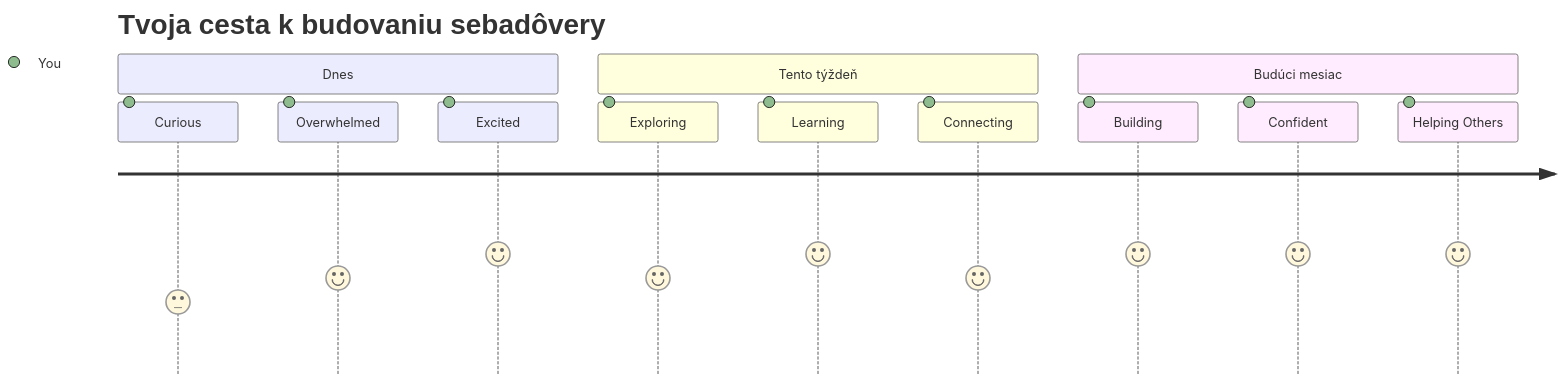
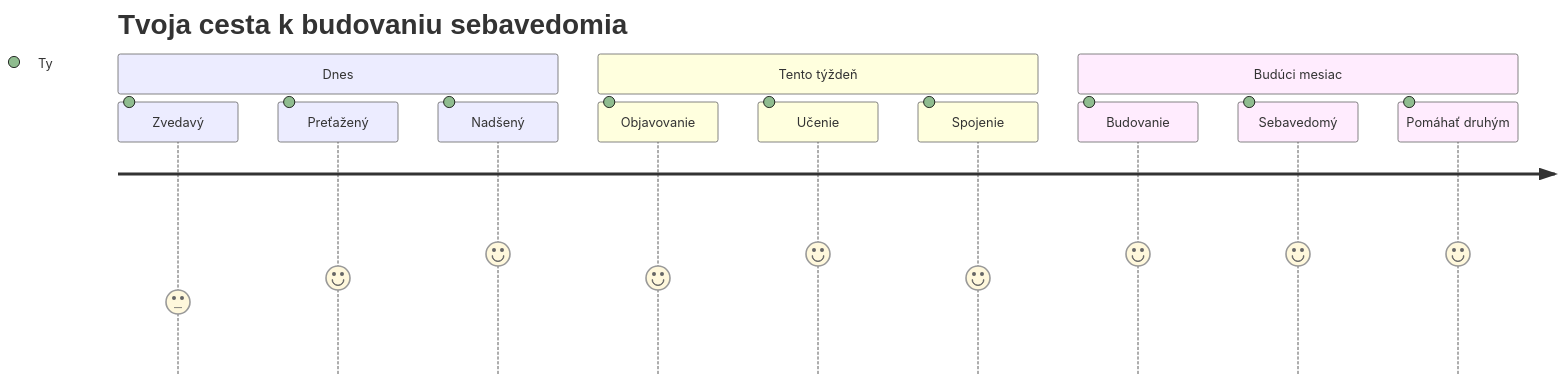
Before and after one commit to microsoft/Web-Dev-For-Beginners: the seventh of 7 diagrams in translations/sk/1-getting-started-lessons/1-intro-to-programming-languages/README.md, drawn with Mermaid. The commit also changed other lines of this file and 8 other files, not shown here.

````diff
--- a/translations/sk/1-getting-started-lessons/1-intro-to-programming-languages/README.md
+++ b/translations/sk/1-getting-started-lessons/1-intro-to-programming-languages/README.md
@@ -831,16 +830,16 @@
 ```mermaid
 journey
-    title Tvoja cesta k budovaniu sebadôvery
+    title Tvoja cesta k budovaniu sebavedomia
     section Dnes
-      Curious: 3: You
-      Overwhelmed: 4: You
-      Excited: 5: You
+      Zvedavý: 3: Ty
+      Preťažený: 4: Ty
+      Nadšený: 5: Ty
     section Tento týždeň
-      Exploring: 4: You
-      Learning: 5: You
-      Connecting: 4: You
+      Objavovanie: 4: Ty
+      Učenie: 5: Ty
+      Spojenie: 4: Ty
     section Budúci mesiac
-      Building: 5: You
-      Confident: 5: You
-      Helping Others: 5: You
+      Budovanie: 5: Ty
+      Sebavedomý: 5: Ty
+      Pomáhať druhým: 5: Ty
 ```
````
